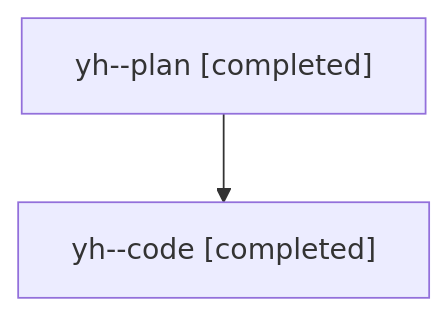
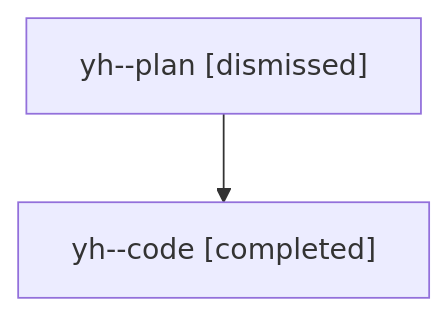
Before and after one commit to sase-org/sase--agents: the diagram in families/bbugyi200.athena.yh.md, drawn with Mermaid. The commit also changed other lines of this file and 1607 other files, not shown here.

````diff
--- a/families/bbugyi200.athena.yh.md
+++ b/families/bbugyi200.athena.yh.md
@@ -9,6 +9,6 @@
 ```mermaid
 flowchart TD
-  n0["yh--plan [completed]"]
+  n0["yh--plan [dismissed]"]
   n1["yh--code [completed]"]
   n0 --> n1
 ```
````
